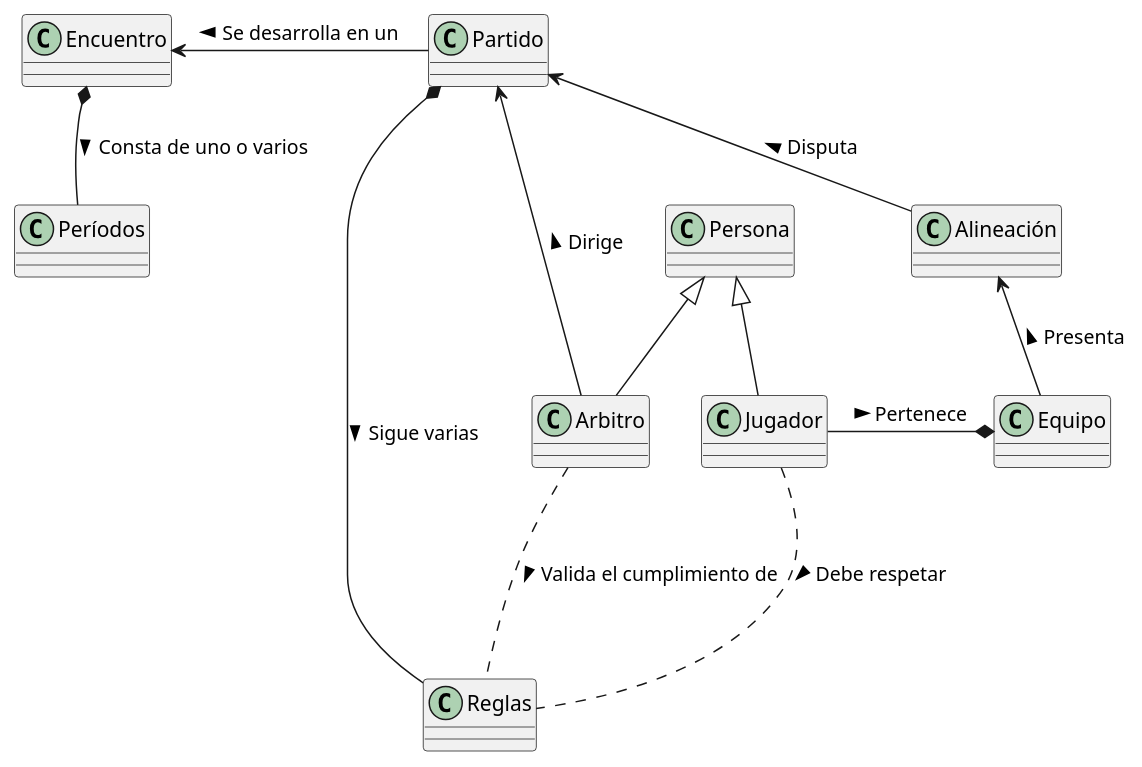
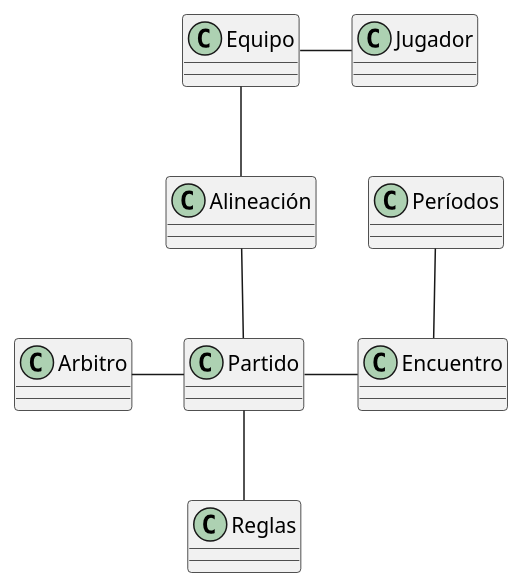
Before and after one commit to mmasias/futbol: the diagram in modelosUML/modeloDelDominio.puml, drawn with PlantUML. The commit also changed 7 other files, not shown here.

```diff
--- a/modelosUML/modeloDelDominio.puml
+++ b/modelosUML/modeloDelDominio.puml
@@ -1,18 +1,15 @@
-Partido  -l-> Encuentro: Se desarrolla en un >
-Encuentro *-d- Períodos : Consta de uno o varios >
+@startuml
 
-Partido *-- Reglas : Sigue varias >
+Partido  -r- Encuentro
+Encuentro -u- Períodos
 
-Partido <-- Alineación  : Disputa <
-Partido <--- Arbitro  : Dirige <
+Partido -d- Reglas
 
-Equipo -u-> Alineación : Presenta >
+Partido -u- Alineación
+Partido -l- Arbitro
 
-Jugador -r-* Equipo : Pertenece >
+Equipo -- Alineación
 
-Persona <|-- Arbitro
-Persona <|-- Jugador
+Jugador -l- Equipo
 
-
-Arbitro ... Reglas : Valida el cumplimiento de >
-Jugador ... Reglas : Debe respetar >
+@enduml
```
